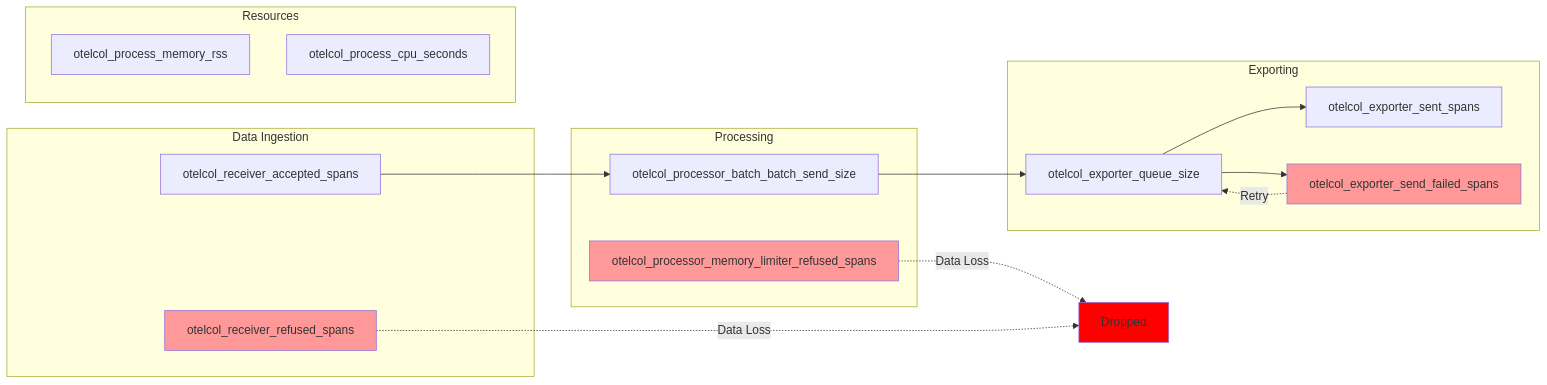
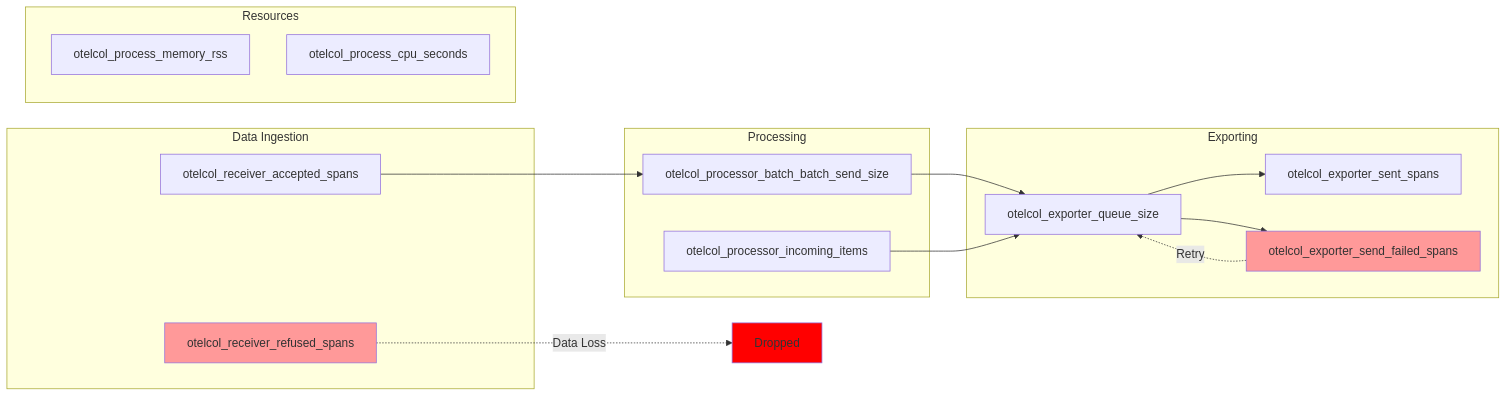
Before and after one commit to OneUptime/blog: the diagram in posts/2026-02-06-monitor-collector-internal-metrics/README.md, drawn with Mermaid. The commit also changed other lines of this file and 2 other files, not shown here.

````diff
--- a/posts/2026-02-06-monitor-collector-internal-metrics/README.md
+++ b/posts/2026-02-06-monitor-collector-internal-metrics/README.md
@@ -345,36 +366,35 @@
 ```mermaid
 graph LR
     subgraph "Data Ingestion"
         A[otelcol_receiver_accepted_spans]
         B[otelcol_receiver_refused_spans]
     end
 
     subgraph "Processing"
         C[otelcol_processor_batch_batch_send_size]
-        D[otelcol_processor_memory_limiter_refused_spans]
+        D[otelcol_processor_incoming_items]
     end
 
     subgraph "Exporting"
         E[otelcol_exporter_queue_size]
         F[otelcol_exporter_sent_spans]
         G[otelcol_exporter_send_failed_spans]
     end
 
     subgraph "Resources"
         H[otelcol_process_memory_rss]
         I[otelcol_process_cpu_seconds]
     end
 
     A --> C
     B -.->|Data Loss| X[Dropped]
     C --> E
-    D -.->|Data Loss| X
+    D --> E
     E --> F
     E --> G
     G -.->|Retry| E
 
     style B fill:#ff9999
-    style D fill:#ff9999
     style G fill:#ff9999
     style X fill:#ff0000
 ```
````
